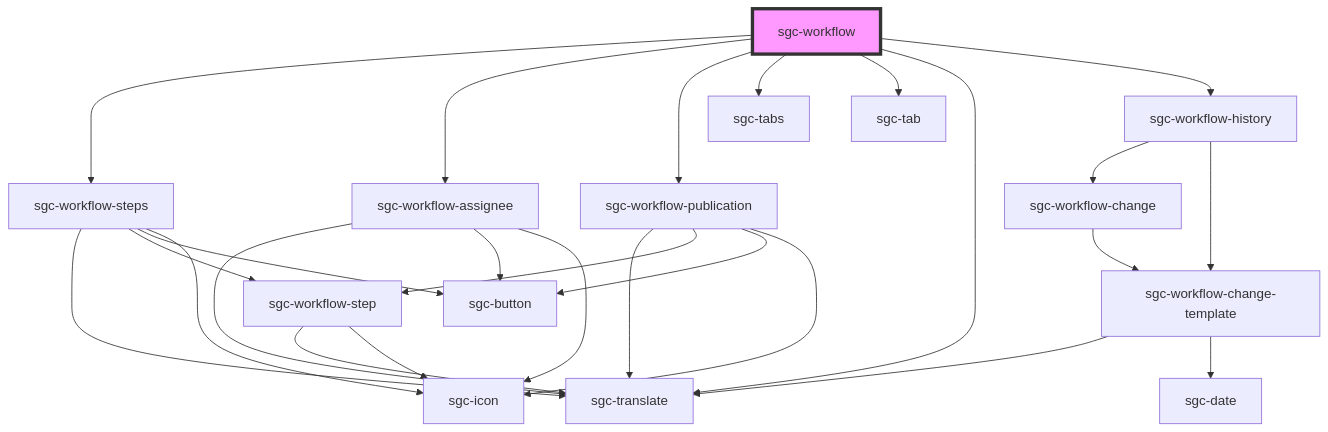
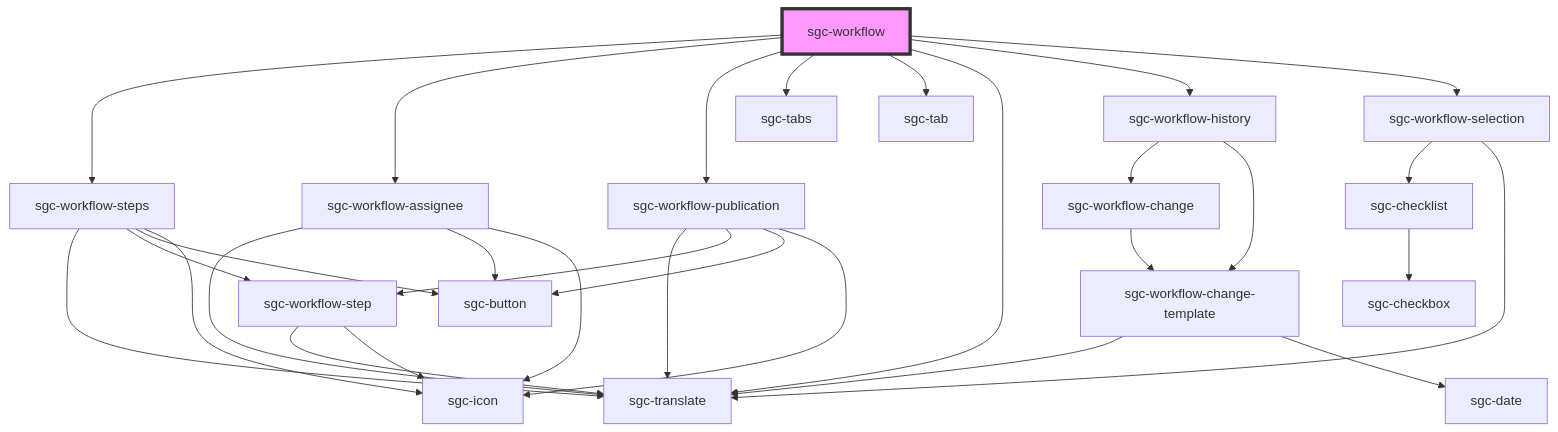
One commit to swisstopo/swissgeol-ui-core changed the diagram in src/components/sgc-workflow/readme.md. Above: the diagram before and after it, drawn with Mermaid. The commit also changed other lines of this file and 24 other files, not shown here.

````diff
--- a/src/components/sgc-workflow/readme.md
+++ b/src/components/sgc-workflow/readme.md
@@ -26,29 +28,33 @@
 ```mermaid
 graph TD;
   sgc-workflow --> sgc-workflow-steps
   sgc-workflow --> sgc-workflow-assignee
   sgc-workflow --> sgc-workflow-publication
   sgc-workflow --> sgc-tabs
   sgc-workflow --> sgc-tab
   sgc-workflow --> sgc-translate
   sgc-workflow --> sgc-workflow-history
+  sgc-workflow --> sgc-workflow-selection
   sgc-workflow-steps --> sgc-translate
   sgc-workflow-steps --> sgc-workflow-step
   sgc-workflow-steps --> sgc-button
   sgc-workflow-steps --> sgc-icon
   sgc-workflow-step --> sgc-translate
   sgc-workflow-step --> sgc-icon
   sgc-workflow-assignee --> sgc-translate
   sgc-workflow-assignee --> sgc-button
   sgc-workflow-assignee --> sgc-icon
   sgc-workflow-publication --> sgc-translate
   sgc-workflow-publication --> sgc-workflow-step
   sgc-workflow-publication --> sgc-button
   sgc-workflow-publication --> sgc-icon
   sgc-workflow-history --> sgc-workflow-change
   sgc-workflow-history --> sgc-workflow-change-template
   sgc-workflow-change --> sgc-workflow-change-template
   sgc-workflow-change-template --> sgc-translate
   sgc-workflow-change-template --> sgc-date
+  sgc-workflow-selection --> sgc-checklist
+  sgc-workflow-selection --> sgc-translate
+  sgc-checklist --> sgc-checkbox
   style sgc-workflow fill:#f9f,stroke:#333,stroke-width:4px
 ```
````
